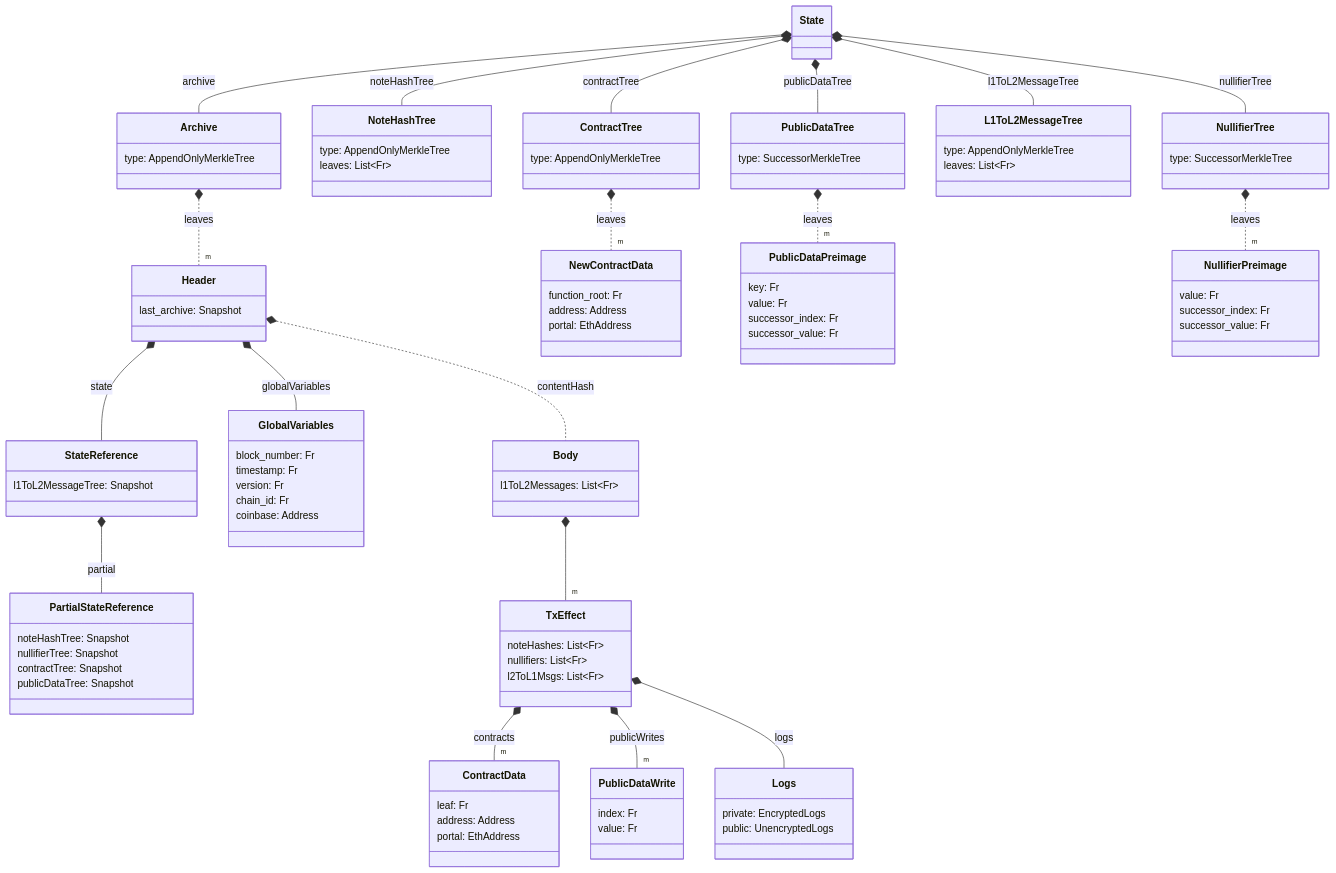
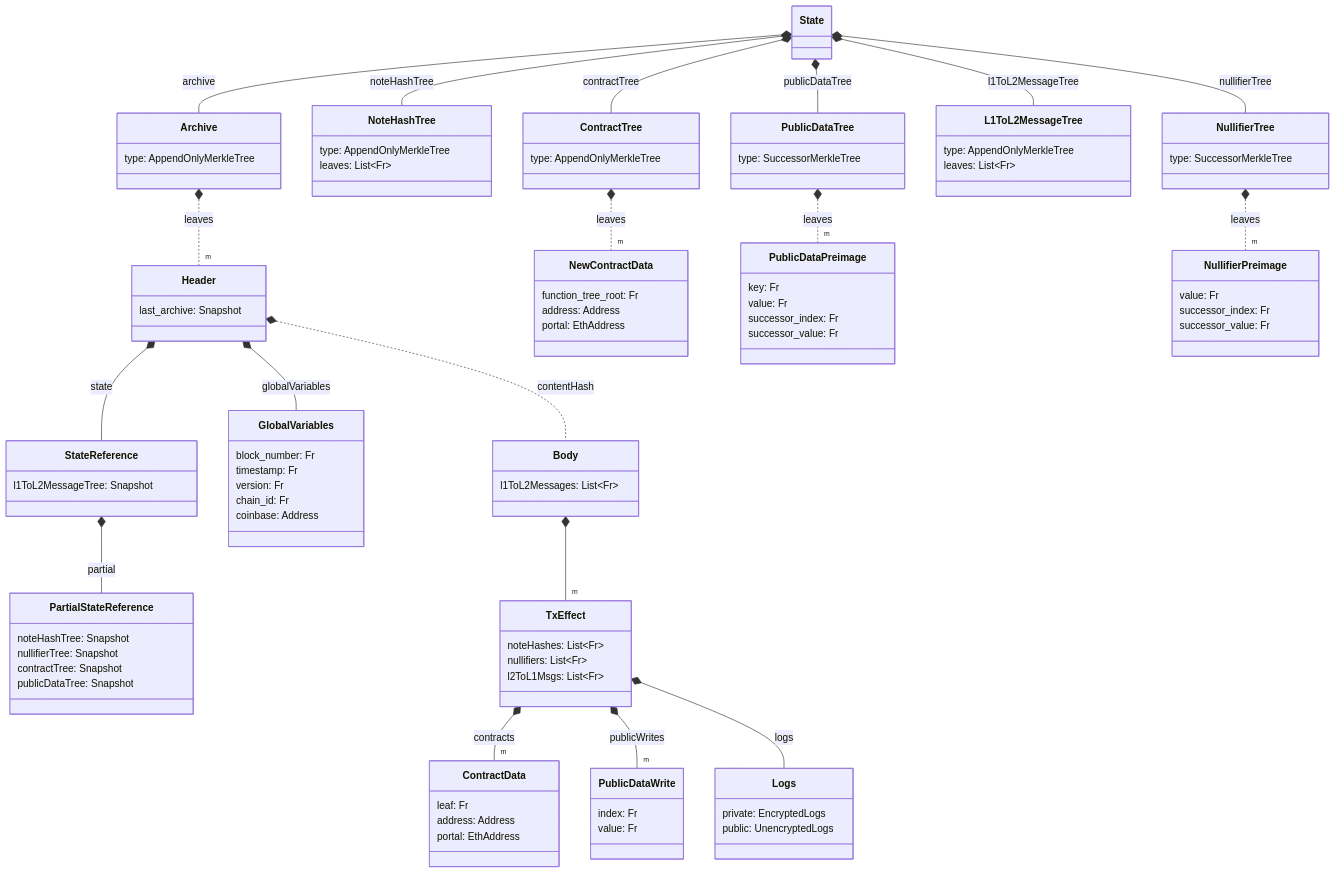
The diagram in yellow-paper/docs/state/index.md (AztecProtocol/aztec-packages), drawn with Mermaid before and after one commit. The commit also changed 5 other files, not shown here.

Commit message:
docs: outline diagrams for rollups

```diff
--- a/yellow-paper/docs/state/index.md
+++ b/yellow-paper/docs/state/index.md
@@ -89,7 +89,7 @@
 }
 
 class NewContractData {
-    function_root: Fr
+    function_tree_root: Fr
     address: Address
     portal: EthAddress
 }
```
